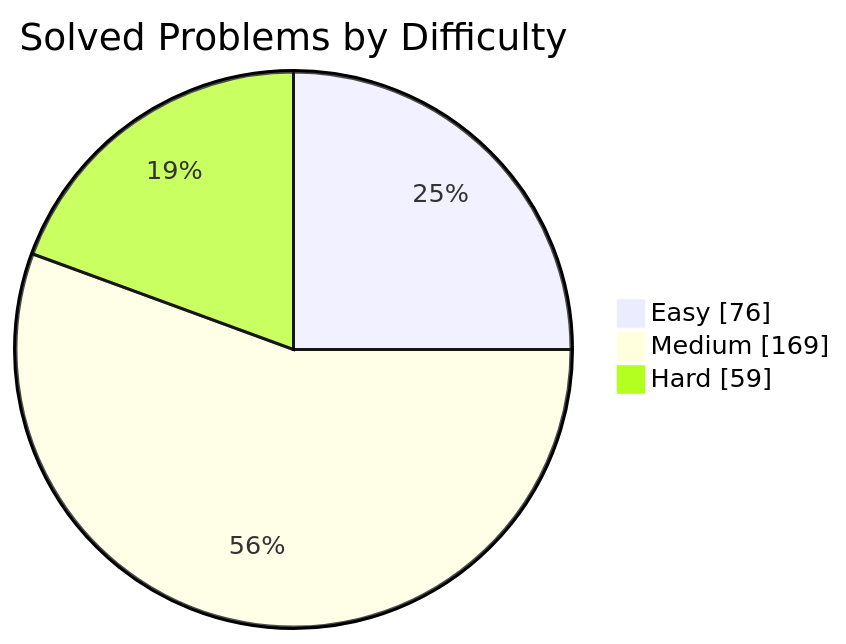
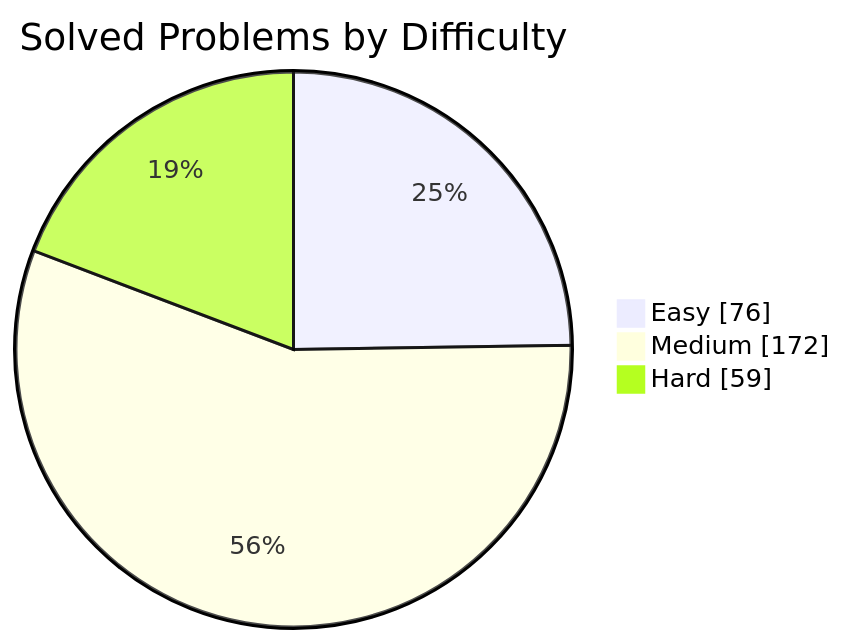
One commit to manikantbindass/DSA-Preparation-FAANG changed the first of 2 diagrams in README.md. Above: the diagram before and after it, drawn with Mermaid. The commit also changed other lines of this file and 1 other file, not shown here.

````diff
--- a/README.md
+++ b/README.md
@@ -77,7 +77,7 @@
 ```mermaid
 pie showData
     title Solved Problems by Difficulty
     "Easy" : 76
-    "Medium" : 169
+    "Medium" : 172
     "Hard" : 59
 ```
````
